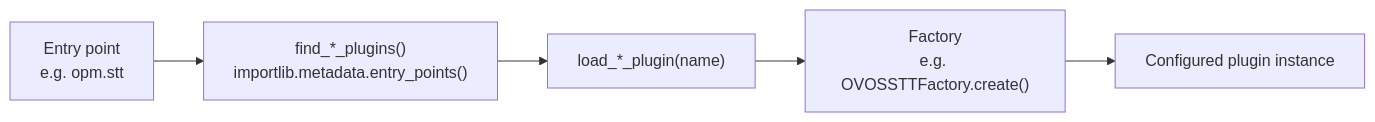
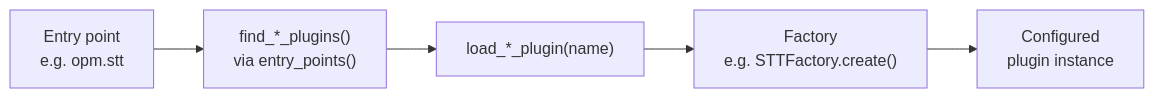
The diagram in docs/plugin-manager.md (OpenVoiceOS/beta-technical-manual), drawn with Mermaid before and after one commit. The commit also changed 19 other files, not shown here.

First line of the commit message:
docs: fit diagrams to the content column; arena live URL

````diff
--- a/docs/plugin-manager.md
+++ b/docs/plugin-manager.md
@@ -35,7 +35,7 @@
 ```mermaid
 flowchart LR
-    A["Entry point<br/>e.g. opm.stt"] --> B["find_*_plugins()<br/>importlib.metadata.entry_points()"]
+    A["Entry point<br/>e.g. opm.stt"] --> B["find_*_plugins()<br/>via entry_points()"]
     B --> C["load_*_plugin(name)"]
-    C --> D["Factory<br/>e.g. OVOSSTTFactory.create()"]
-    D --> E[Configured plugin instance]
+    C --> D["Factory<br/>e.g. STTFactory.create()"]
+    D --> E["Configured<br/>plugin instance"]
 ```
````
